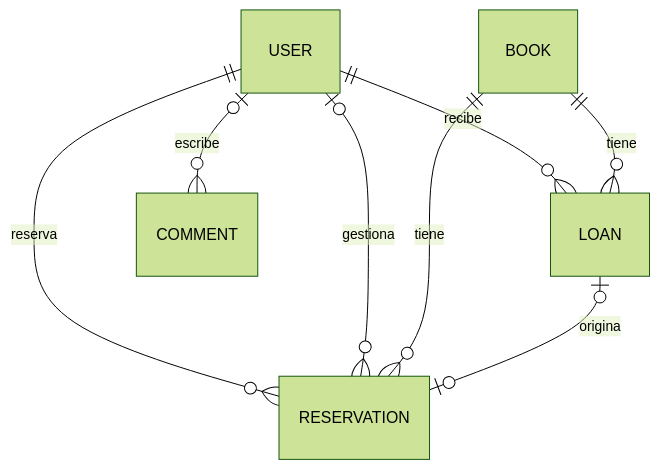
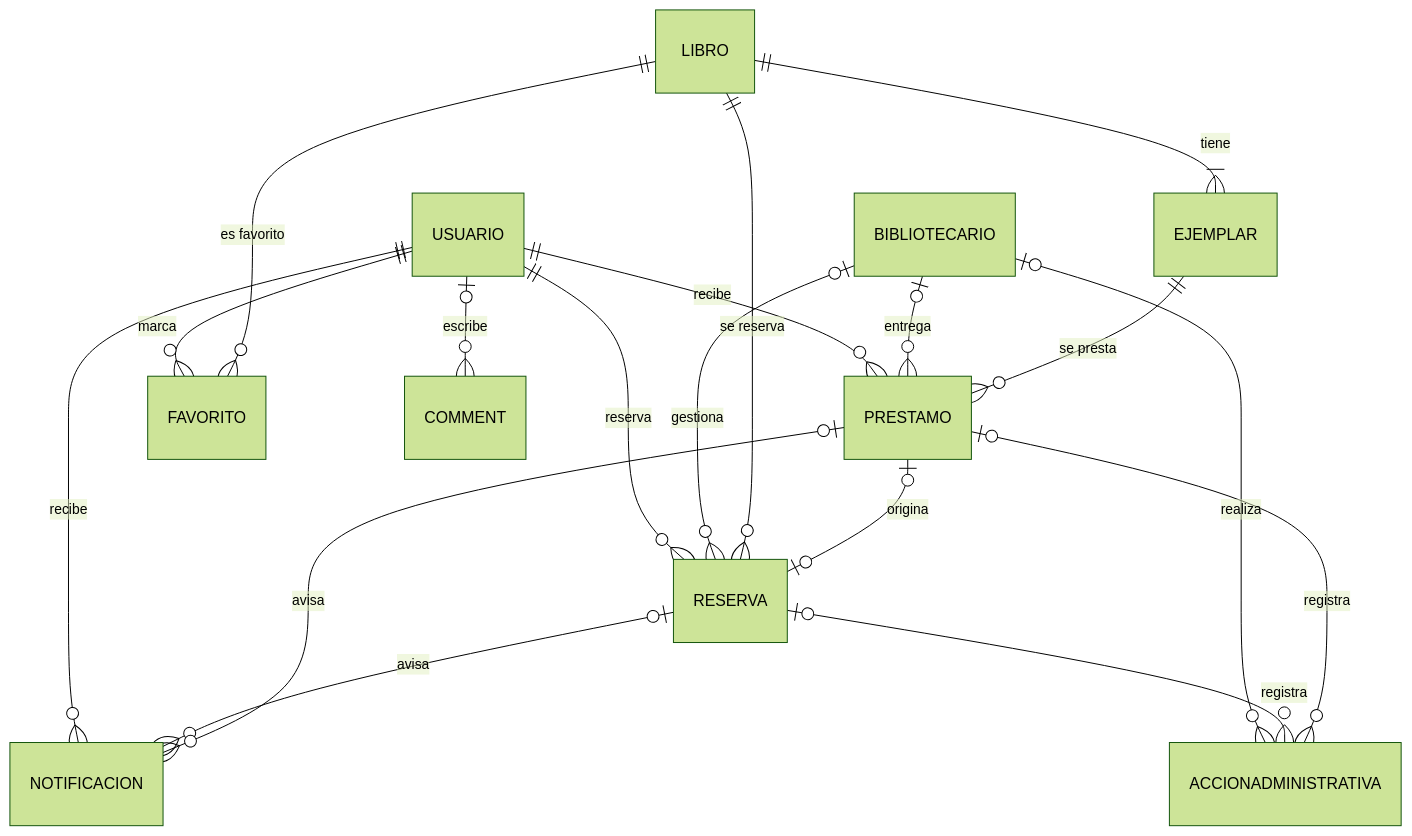
The first of 3 diagrams in docs/MODELO_DATOS.md (nicotambosco/BOOKTRACK-Workspace), drawn with Mermaid (forest theme) before and after one commit. The commit also changed other lines of this file and 105 other files, not shown here.

````diff
--- a/docs/MODELO_DATOS.md
+++ b/docs/MODELO_DATOS.md
@@ -5,10 +7,20 @@
 ```mermaid
 erDiagram
-  USER ||--o{ RESERVATION : reserva
-  USER ||--o{ LOAN : recibe
-  USER o|--o{ RESERVATION : gestiona
-  BOOK ||--o{ RESERVATION : tiene
-  BOOK ||--o{ LOAN : tiene
-  LOAN o|--o| RESERVATION : origina
-  USER o|--o{ COMMENT : escribe
+  USUARIO ||--o{ RESERVA : reserva
+  USUARIO ||--o{ PRESTAMO : recibe
+  USUARIO ||--o{ FAVORITO : marca
+  USUARIO ||--o{ NOTIFICACION : recibe
+  BIBLIOTECARIO o|--o{ RESERVA : gestiona
+  BIBLIOTECARIO o|--o{ PRESTAMO : entrega
+  BIBLIOTECARIO o|--o{ ACCIONADMINISTRATIVA : realiza
+  LIBRO ||--|{ EJEMPLAR : tiene
+  LIBRO ||--o{ RESERVA : "se reserva"
+  LIBRO ||--o{ FAVORITO : "es favorito"
+  EJEMPLAR ||--o{ PRESTAMO : "se presta"
+  PRESTAMO o|--o| RESERVA : origina
+  RESERVA o|--o{ NOTIFICACION : avisa
+  PRESTAMO o|--o{ NOTIFICACION : avisa
+  RESERVA o|--o{ ACCIONADMINISTRATIVA : registra
+  PRESTAMO o|--o{ ACCIONADMINISTRATIVA : registra
+  USUARIO o|--o{ COMMENT : escribe
 ```
````
